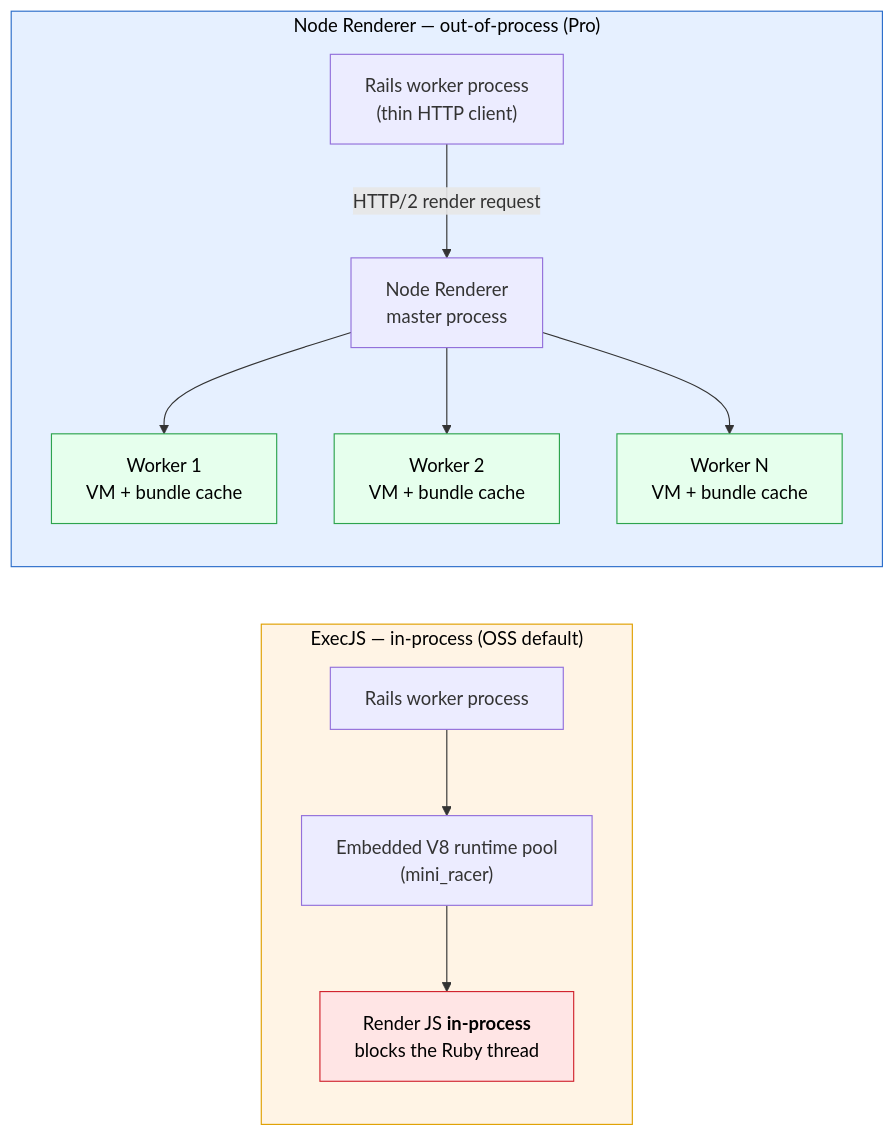
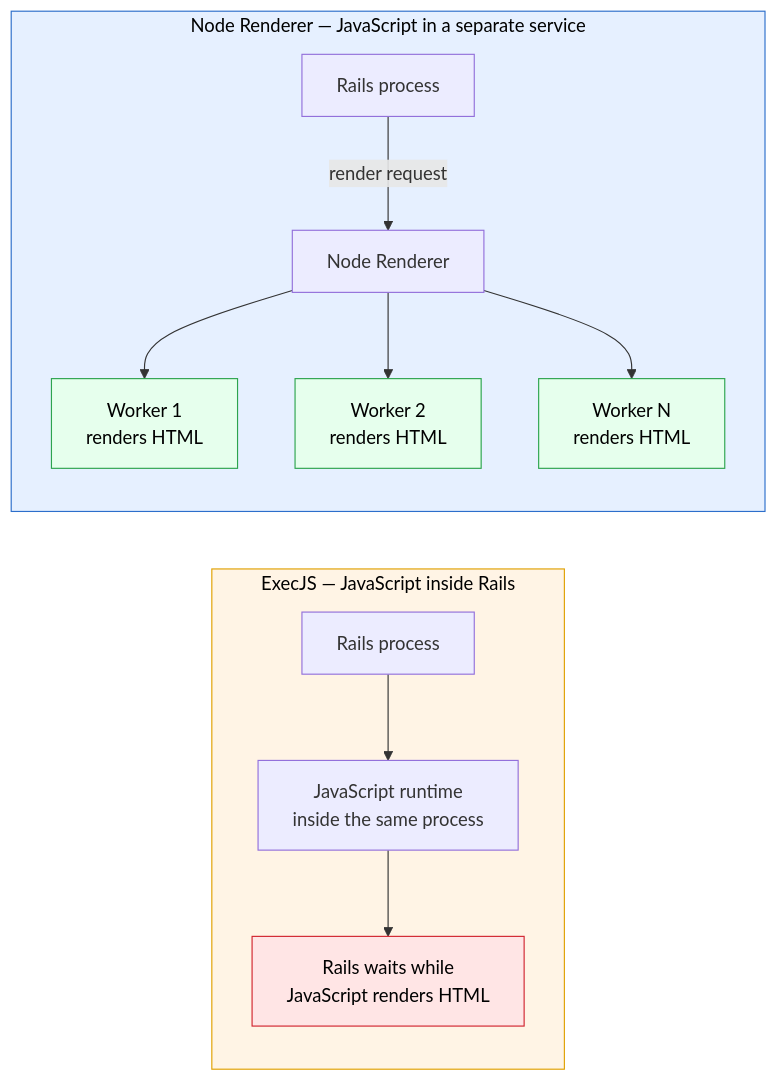
One commit to shakacode/react_on_rails changed the first of 5 diagrams in docs/pro/node-renderer.md. Above: the diagram before and after it, drawn with Mermaid. The commit also changed other lines of this file and 2 other files, not shown here.

Commit message:
Clarify Node renderer diagrams

````diff
--- a/docs/pro/node-renderer.md
+++ b/docs/pro/node-renderer.md
@@ -23,21 +23,21 @@
 ```mermaid
 flowchart LR
-    subgraph Exec["ExecJS — in-process (OSS default)"]
+    subgraph Exec["ExecJS — JavaScript inside Rails"]
         direction TB
-        E1["Rails worker process"] --> E2["Embedded V8 runtime pool<br/>(mini_racer)"]
-        E2 --> E3["Render JS <b>in-process</b><br/>blocks the Ruby thread"]
+        E1["Rails process"] --> E2["JavaScript runtime<br/>inside the same process"]
+        E2 --> E3["Rails waits while<br/>JavaScript renders HTML"]
     end
-    subgraph Node["Node Renderer — out-of-process (Pro)"]
+    subgraph Node["Node Renderer — JavaScript in a separate service"]
         direction TB
-        N1["Rails worker process<br/>(thin HTTP client)"] -- "HTTP/2 render request" --> N2["Node Renderer<br/>master process"]
-        N2 --> N3["Worker 1<br/>VM + bundle cache"]
-        N2 --> N4["Worker 2<br/>VM + bundle cache"]
-        N2 --> N5["Worker N<br/>VM + bundle cache"]
+        N1["Rails process"] -- "render request" --> N2["Node Renderer"]
+        N2 --> N3["Worker 1<br/>renders HTML"]
+        N2 --> N4["Worker 2<br/>renders HTML"]
+        N2 --> N5["Worker N<br/>renders HTML"]
     end
     style Exec fill:#fff4e5,stroke:#e0a000,color:#000
     style E3 fill:#ffe5e5,stroke:#d1242f,color:#000
     style Node fill:#e6f0ff,stroke:#2c6ecb,color:#000
     style N3 fill:#e6ffed,stroke:#2da44e,color:#000
     style N4 fill:#e6ffed,stroke:#2da44e,color:#000
     style N5 fill:#e6ffed,stroke:#2da44e,color:#000
 ```
````
